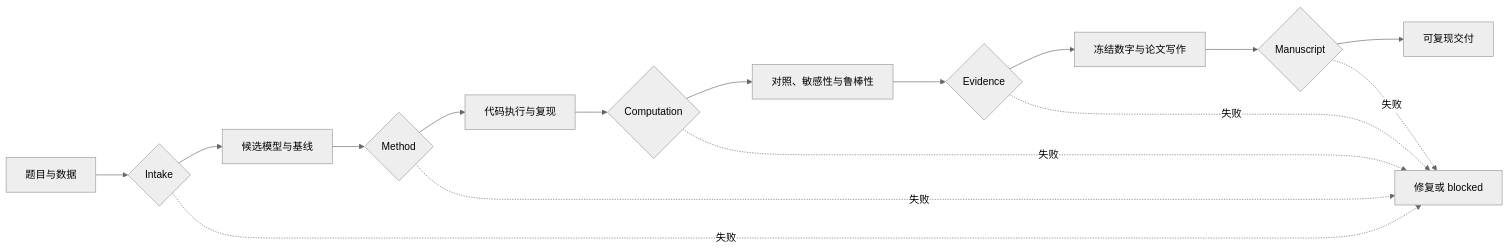
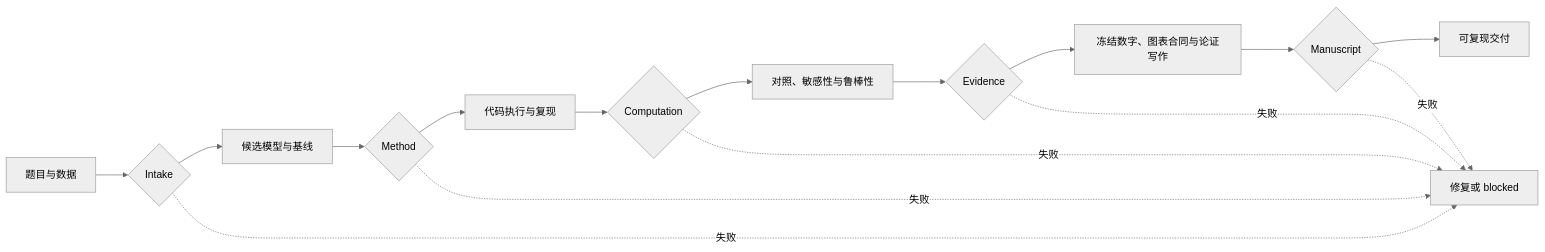
Before and after one commit to YANG985-CMD/Math-Modeling-Solver: the diagram in README.md, drawn with Mermaid (neutral theme). The commit also changed other lines of this file and 13 other files, not shown here.

Commit message:
feat: add publication figure and writing contracts

```diff
--- a/README.md
+++ b/README.md
@@ -23,18 +26,18 @@
 ~~~mermaid
 flowchart LR
     A[题目与数据] --> G1{Intake}
     G1 --> B[候选模型与基线]
     B --> G2{Method}
     G2 --> C[代码执行与复现]
     C --> G3{Computation}
     G3 --> D[对照、敏感性与鲁棒性]
     D --> G4{Evidence}
-    G4 --> E[冻结数字与论文写作]
+    G4 --> E[冻结数字、图表合同与论证写作]
     E --> G5{Manuscript}
     G5 --> F[可复现交付]
     G1 -.失败.-> X[修复或 blocked]
     G2 -.失败.-> X
     G3 -.失败.-> X
     G4 -.失败.-> X
     G5 -.失败.-> X
 ~~~
```
